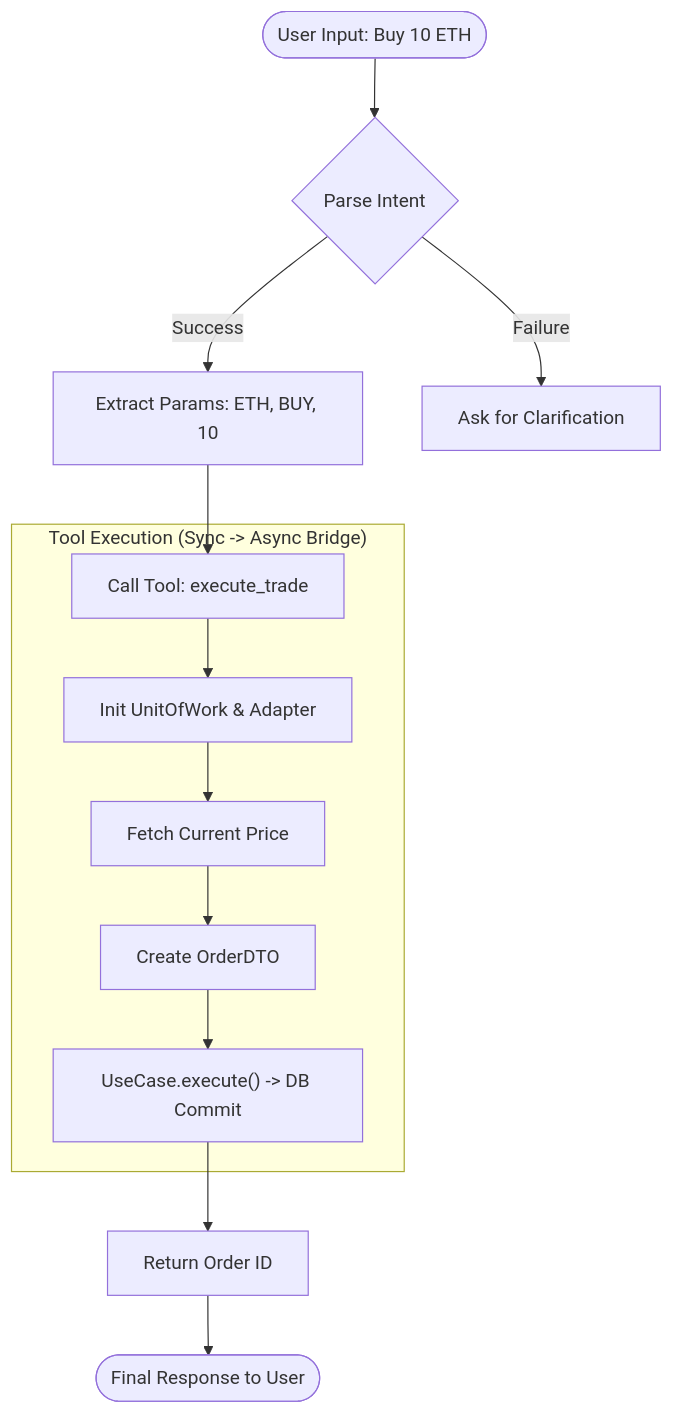
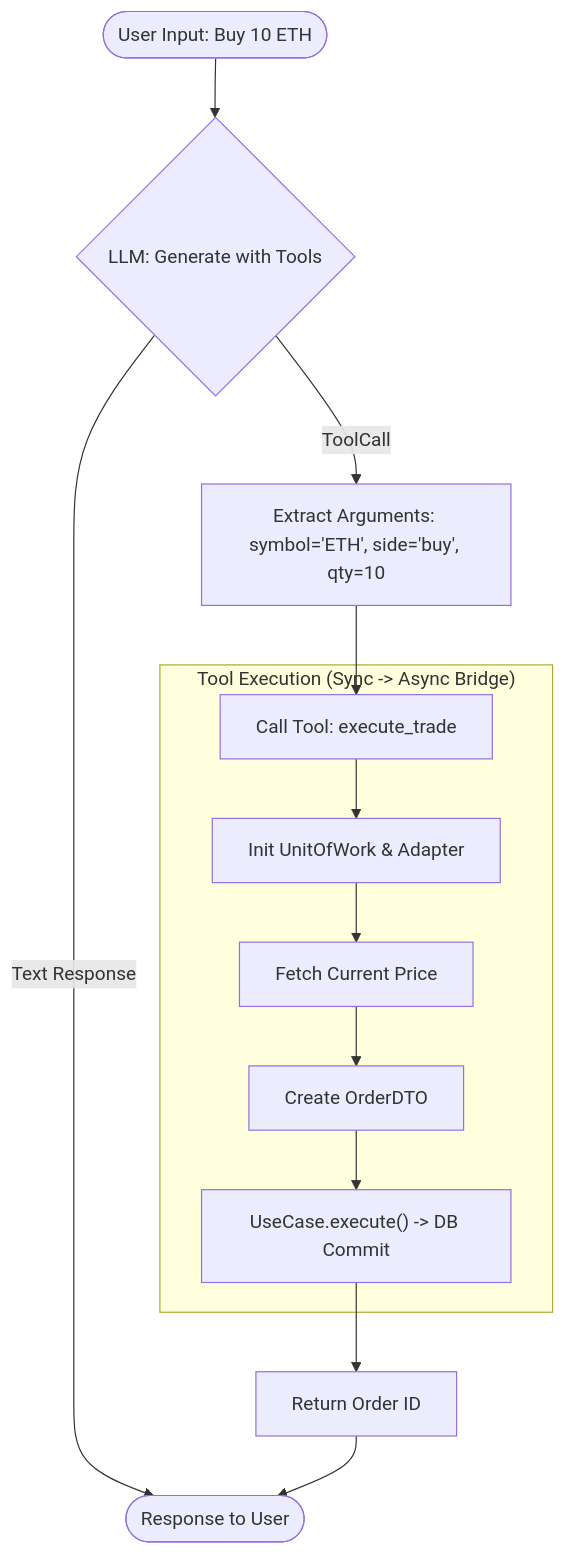
The diagram in docs/documentation/diagrams/ai/ai_agent_logic.mmd (pabloarancibia/cryptoflow), drawn with Mermaid before and after one commit. The commit also changed 14 other files, not shown here.

```diff
--- a/docs/documentation/diagrams/ai/ai_agent_logic.mmd
+++ b/docs/documentation/diagrams/ai/ai_agent_logic.mmd
@@ -1,17 +1,17 @@
 flowchart TD
-    Start(["User Input: Buy 10 ETH"]) --> Parse{Parse Intent}
+    Start(["User Input: Buy 10 ETH"]) --> LLM{LLM: Generate with Tools}
 
-    Parse -->|Success| Extract["Extract Params: ETH, BUY, 10"]
-    Parse -->|Failure| Ask["Ask for Clarification"]
-
+    LLM -->|Text Response| Output(["Response to User"])
+    LLM -->|ToolCall| Extract["Extract Arguments: symbol='ETH', side='buy', qty=10"]
+    
     Extract --> Tool["Call Tool: execute_trade"]
 
     subgraph "Tool Execution (Sync -> Async Bridge)"
         Tool --> Init["Init UnitOfWork & Adapter"]
         Init --> Fetch["Fetch Current Price"]
         Fetch --> CreateDTO["Create OrderDTO"]
         CreateDTO --> Commit["UseCase.execute() -> DB Commit"]
     end
 
     Commit --> Return["Return Order ID"]
-    Return --> Output(["Final Response to User"])
+    Return --> Output
```
